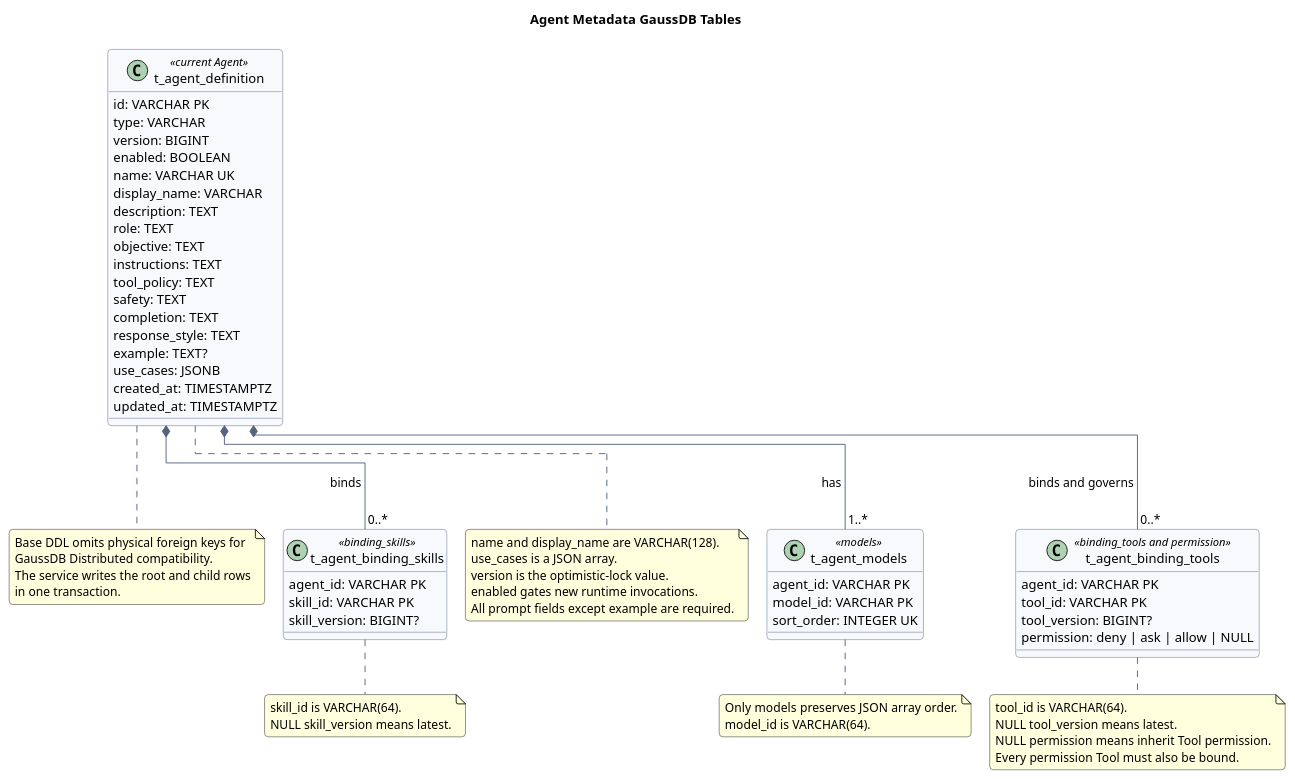
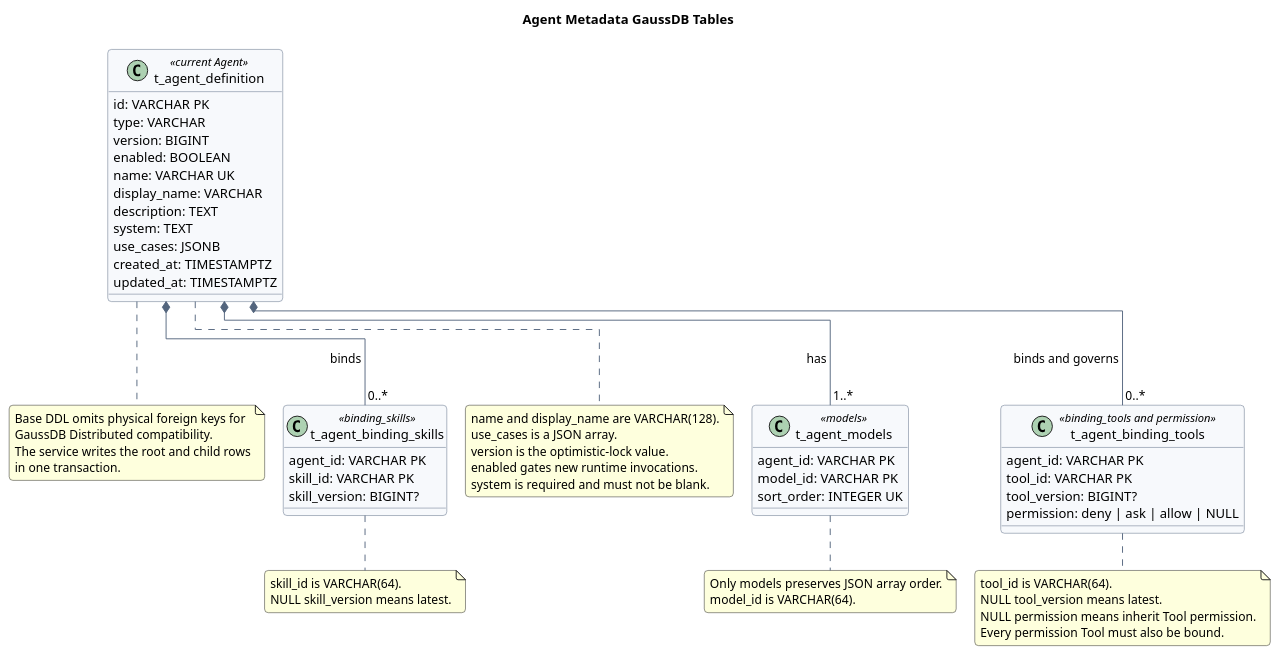
Before and after one commit to superheromeZzh/pi-mono-java-design: the diagram in agent-metadata-gaussdb-design/diagram.puml, drawn with PlantUML. The commit also changed other lines of this file and 3 other files, not shown here.

Commit message:
docs(agent): require a single system prompt

```diff
--- a/agent-metadata-gaussdb-design/diagram.puml
+++ b/agent-metadata-gaussdb-design/diagram.puml
@@ -6,109 +6,102 @@
 @startuml agent_metadata_gaussdb_model
 !pragma layout elk
 title Agent Metadata GaussDB Tables
 top to bottom direction
 
 skinparam backgroundColor #FFFFFF
 skinparam shadowing false
 skinparam roundcorner 8
 skinparam nodesep 45
 skinparam ranksep 50
 skinparam ArrowColor #53657D
 skinparam ClassBorderColor #53657D
 skinparam ClassBackgroundColor #F7F9FC
 skinparam classAttributeIconSize 0
 
 ' Source evidence:
 ' - Repository-relative path, Git-escaped:
 '   "AGENT\345\205\203\346\225\260\346\215\256\350\256\276\350\256\241.json":2-47.
 ' - Fields at lines 2-24 map to t_agent_definition; enabled is Boolean.
 ' - models at line 11 maps to the only ordered child table.
 ' - Tool binding and permission fields at lines 25-30 and 37-47 are merged.
 ' - Skill bindings at lines 31-36 have no order column.
 ' Observed behavior: the current JSON is a current-state Agent resource with a
 ' monotonically increasing version and no separate history resource.
-' Design reason: fixed scalar and system prompt fields use typed columns,
-' use_cases remains one JSON array, and independently queried references use tables.
-' Design reason: all system prompt fields except example are required so runtime
-' prompt assembly cannot silently omit behavior, safety, or completion rules.
+' Design reason: the complete system prompt uses one required TEXT column to match
+' the managed-agent configuration model and avoid a rigid prompt-section schema.
+' Architecture change: the legacy structured system_prompt input is assembled into
+' one system string during import; the target database and API store only system.
 ' Product constraint: only model order is persisted; Tool and Skill order is not.
 ' GaussDB divergence: physical foreign keys are optional because GaussDB
 ' Distributed does not support them; the base DDL uses logical relationships.
 
 class t_agent_definition <<current Agent>> {
   id: VARCHAR PK
   type: VARCHAR
   version: BIGINT
   enabled: BOOLEAN
   name: VARCHAR UK
   display_name: VARCHAR
   description: TEXT
-  role: TEXT
-  objective: TEXT
-  instructions: TEXT
-  tool_policy: TEXT
-  safety: TEXT
-  completion: TEXT
-  response_style: TEXT
-  example: TEXT?
+  system: TEXT
   use_cases: JSONB
   created_at: TIMESTAMPTZ
   updated_at: TIMESTAMPTZ
 }
 
 class t_agent_models <<models>> {
   agent_id: VARCHAR PK
   model_id: VARCHAR PK
   sort_order: INTEGER UK
 }
 
 class t_agent_binding_tools <<binding_tools and permission>> {
   agent_id: VARCHAR PK
   tool_id: VARCHAR PK
   tool_version: BIGINT?
   permission: deny | ask | allow | NULL
 }
 
 class t_agent_binding_skills <<binding_skills>> {
   agent_id: VARCHAR PK
   skill_id: VARCHAR PK
   skill_version: BIGINT?
 }
 
 t_agent_definition *-- "1..*" t_agent_models : has
 t_agent_definition *-- "0..*" t_agent_binding_tools : binds and governs
 t_agent_definition *-- "0..*" t_agent_binding_skills : binds
 
 note right of t_agent_definition
 name and display_name are VARCHAR(128).
 use_cases is a JSON array.
 version is the optimistic-lock value.
 enabled gates new runtime invocations.
-All prompt fields except example are required.
+system is required and must not be blank.
 end note
 
 note right of t_agent_models
 Only models preserves JSON array order.
 model_id is VARCHAR(64).
 end note
 
 note bottom of t_agent_binding_tools
 tool_id is VARCHAR(64).
 NULL tool_version means latest.
 NULL permission means inherit Tool permission.
 Every permission Tool must also be bound.
 end note
 
 note bottom of t_agent_binding_skills
 skill_id is VARCHAR(64).
 NULL skill_version means latest.
 end note
 
 note bottom of t_agent_definition
 Base DDL omits physical foreign keys for
 GaussDB Distributed compatibility.
 The service writes the root and child rows
 in one transaction.
 end note
 
 @enduml
```
